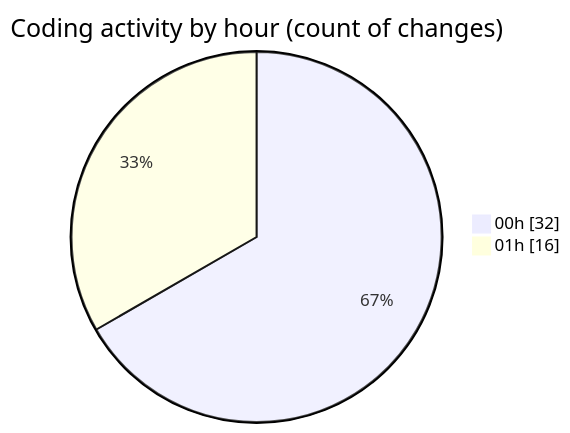
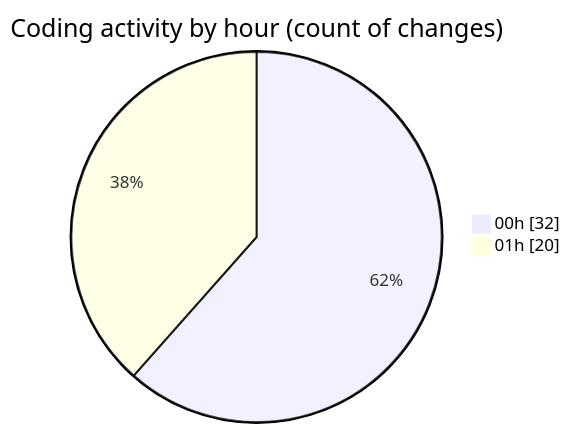
Before and after one commit to lephambinh05/code-tracking: the second of 2 diagrams in 2025-07-21/reg/README.md, drawn with Mermaid. The commit also changed other lines of this file and 1 other file, not shown here.

````diff
--- a/2025-07-21/reg/README.md
+++ b/2025-07-21/reg/README.md
@@ -45,6 +47,6 @@
 ```mermaid
 pie showData
 title Coding activity by hour (count of changes)
 "00h" : 32
-"01h" : 16
+"01h" : 20
 ```
````
